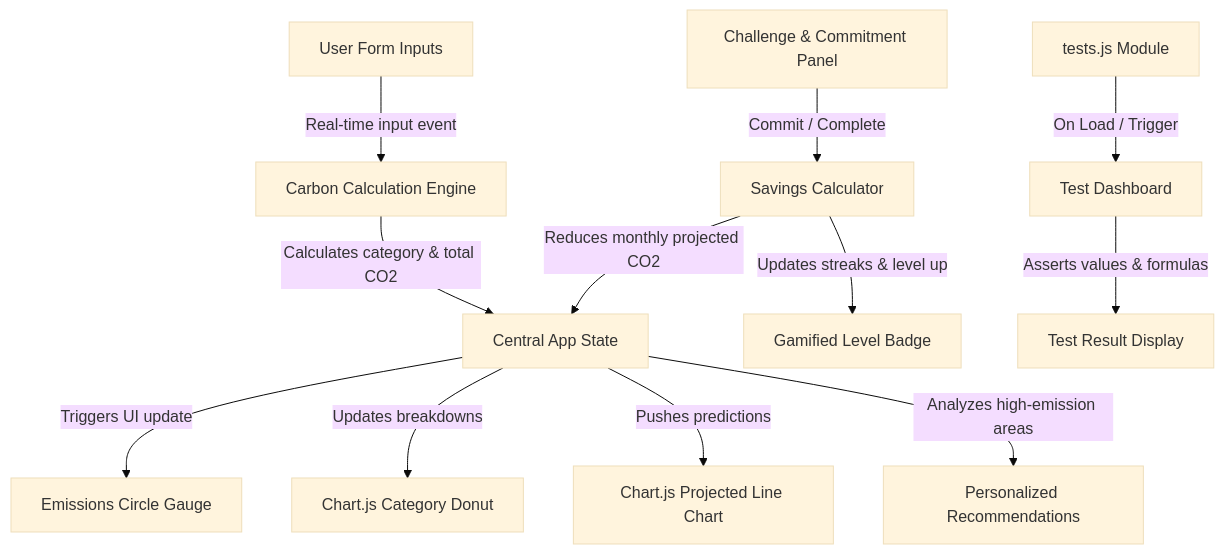
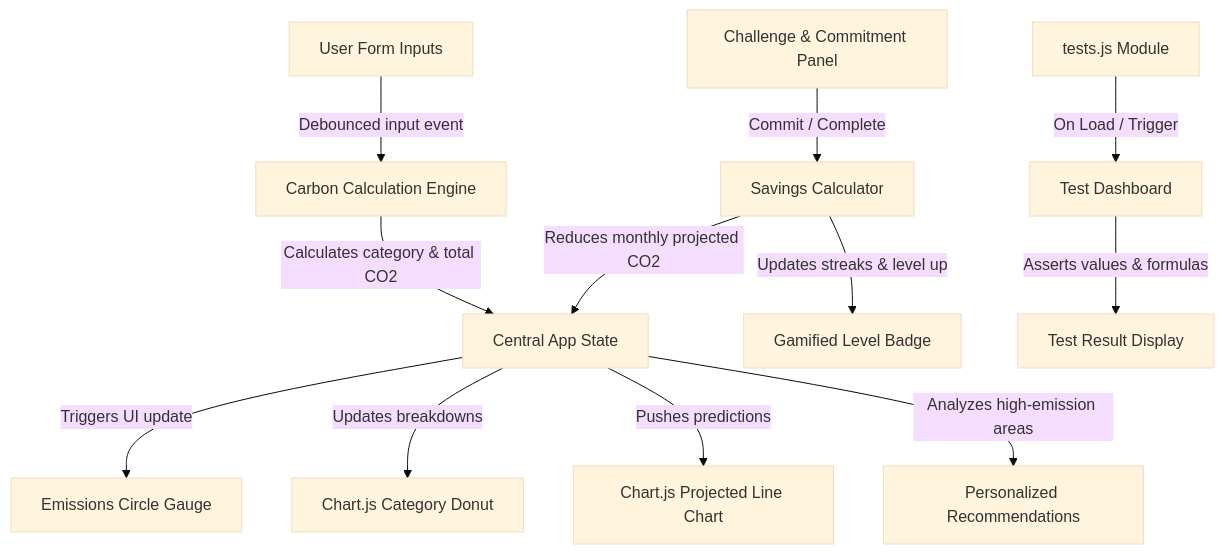
The diagram in README.md (meetchhugani81/ecosphere), drawn with Mermaid (base theme) before and after one commit. The commit also changed other lines of this file, not shown here.

````diff
--- a/README.md
+++ b/README.md
@@ -78,16 +93,16 @@
 ```mermaid
 graph TD
-    UserInputs[User Form Inputs] -->|Real-time input event| CalcEngine[Carbon Calculation Engine]
+    UserInputs[User Form Inputs] -->|Debounced input event| CalcEngine[Carbon Calculation Engine]
     CalcEngine -->|Calculates category & total CO2| AppState[Central App State]
     AppState -->|Triggers UI update| CircularGauge[Emissions Circle Gauge]
     AppState -->|Updates breakdowns| ChartPie[Chart.js Category Donut]
     AppState -->|Pushes predictions| ChartLine[Chart.js Projected Line Chart]
     AppState -->|Analyzes high-emission areas| InsightEngine[Personalized Recommendations]
-    
+
     EcoChallenges[Challenge & Commitment Panel] -->|Commit / Complete| ReductionEngine[Savings Calculator]
     ReductionEngine -->|Reduces monthly projected CO2| AppState
     ReductionEngine -->|Updates streaks & level up| LevelGauge[Gamified Level Badge]
-    
+
     BuiltInTests[tests.js Module] -->|On Load / Trigger| TestRunner[Test Dashboard]
     TestRunner -->|Asserts values & formulas| UIFeedback[Test Result Display]
 ```
````
